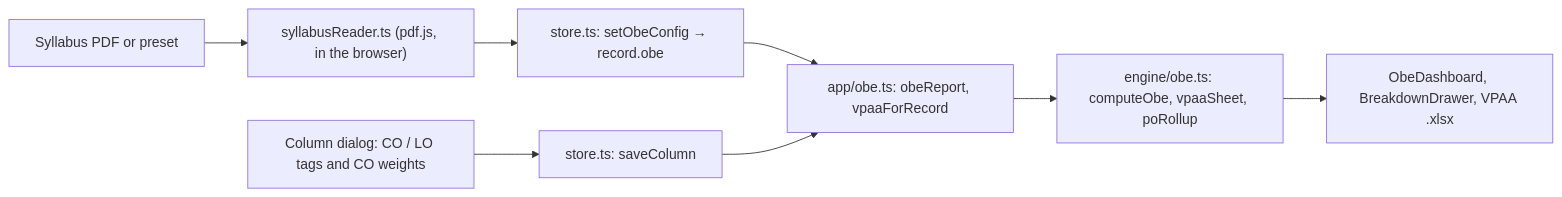
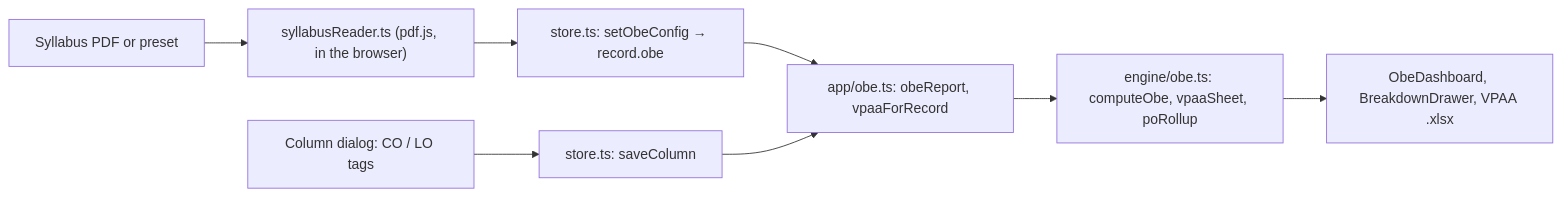
One commit to mjbadorable/Mastersoft-Grade-Encoding-Assistant changed the third of 3 diagrams in ARCHITECTURE.md. Above: the diagram before and after it, drawn with Mermaid. The commit also changed other lines of this file and 4 other files, not shown here.

````diff
--- a/ARCHITECTURE.md
+++ b/ARCHITECTURE.md
@@ -69,10 +69,10 @@
 ```mermaid
 flowchart LR
   A[Syllabus PDF or preset] --> B["syllabusReader.ts (pdf.js, in the browser)"]
   B --> C["store.ts: setObeConfig → record.obe"]
-  D[Column dialog: CO / LO tags and CO weights] --> E["store.ts: saveColumn"]
+  D[Column dialog: CO / LO tags] --> E["store.ts: saveColumn"]
   C --> F["app/obe.ts: obeReport, vpaaForRecord"]
   E --> F
   F --> G["engine/obe.ts: computeObe, vpaaSheet, poRollup"]
   G --> H["ObeDashboard, BreakdownDrawer, VPAA .xlsx"]
 ```
````
